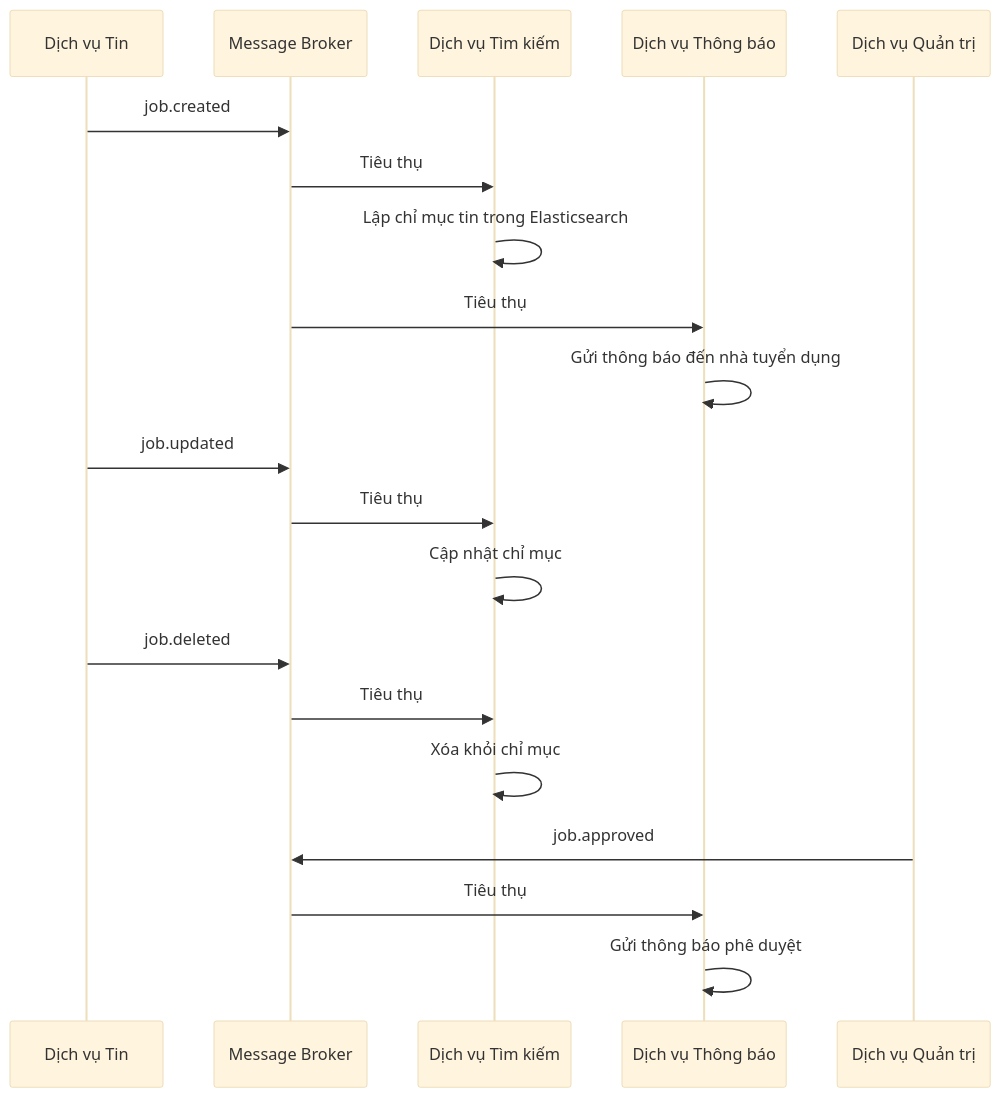
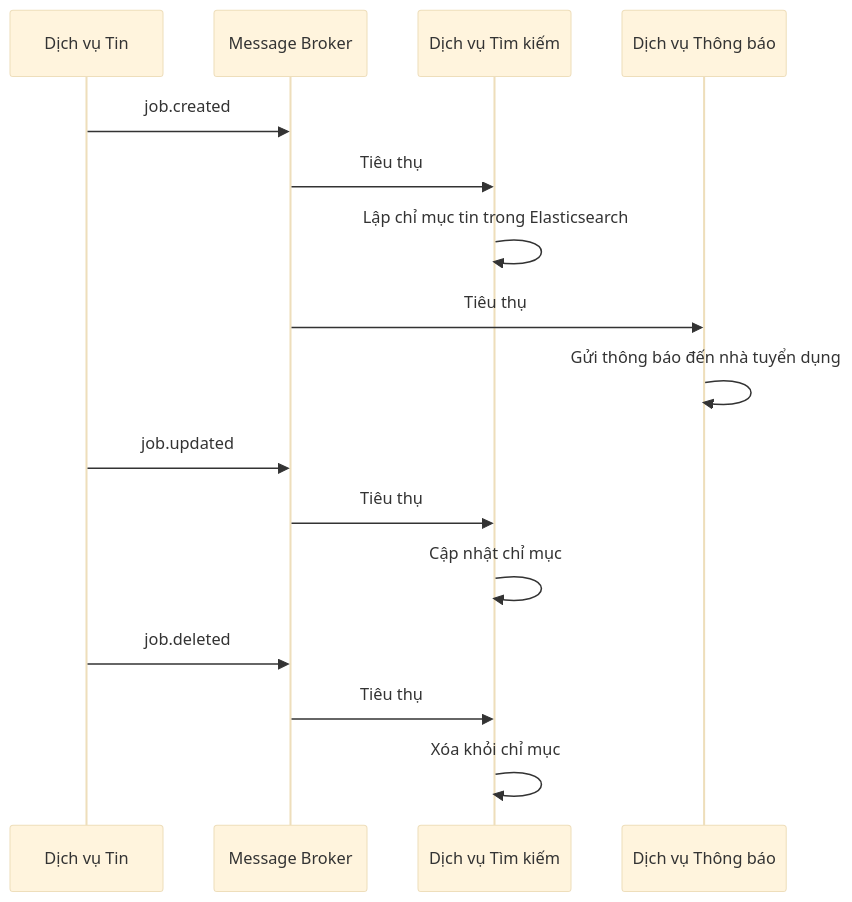
Before and after one commit to dut-pbl6-2026/job-platform-docs: the second of 4 diagrams in docs/srs/vi/4-should-have-fr.vi.md, drawn with Mermaid (base theme). The commit also changed other lines of this file and 26 other files, not shown here.

````diff
--- a/docs/srs/vi/4-should-have-fr.vi.md
+++ b/docs/srs/vi/4-should-have-fr.vi.md
@@ -147,26 +147,21 @@
 ```mermaid
 sequenceDiagram
     participant Job as Dịch vụ Tin
     participant Broker as Message Broker
     participant Search as Dịch vụ Tìm kiếm
     participant Notif as Dịch vụ Thông báo
-    participant Admin as Dịch vụ Quản trị
 
     Job->>Broker: job.created
     Broker->>Search: Tiêu thụ
     Search->>Search: Lập chỉ mục tin trong Elasticsearch
     Broker->>Notif: Tiêu thụ
     Notif->>Notif: Gửi thông báo đến nhà tuyển dụng
 
     Job->>Broker: job.updated
     Broker->>Search: Tiêu thụ
     Search->>Search: Cập nhật chỉ mục
 
     Job->>Broker: job.deleted
     Broker->>Search: Tiêu thụ
     Search->>Search: Xóa khỏi chỉ mục
-
-    Admin->>Broker: job.approved
-    Broker->>Notif: Tiêu thụ
-    Notif->>Notif: Gửi thông báo phê duyệt
 ```
````
